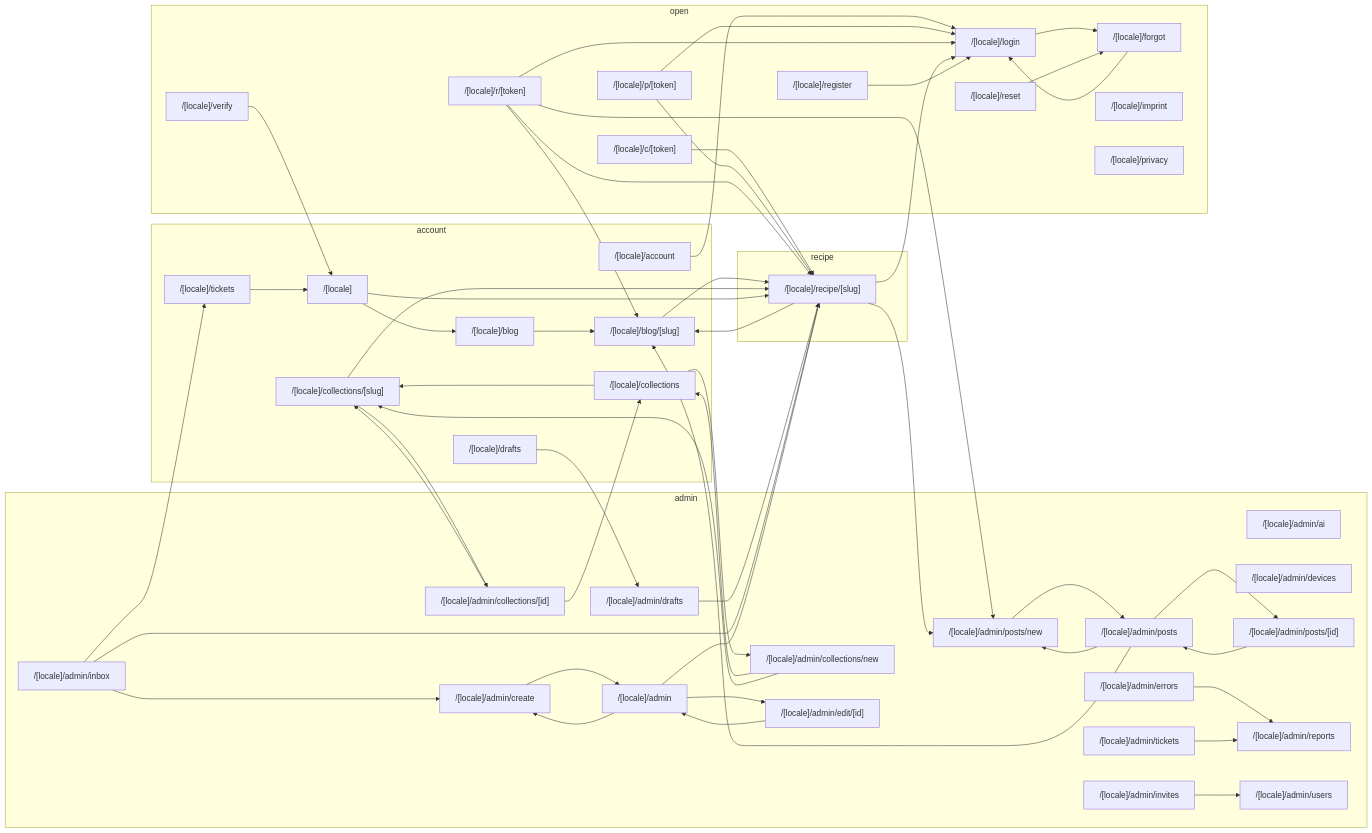
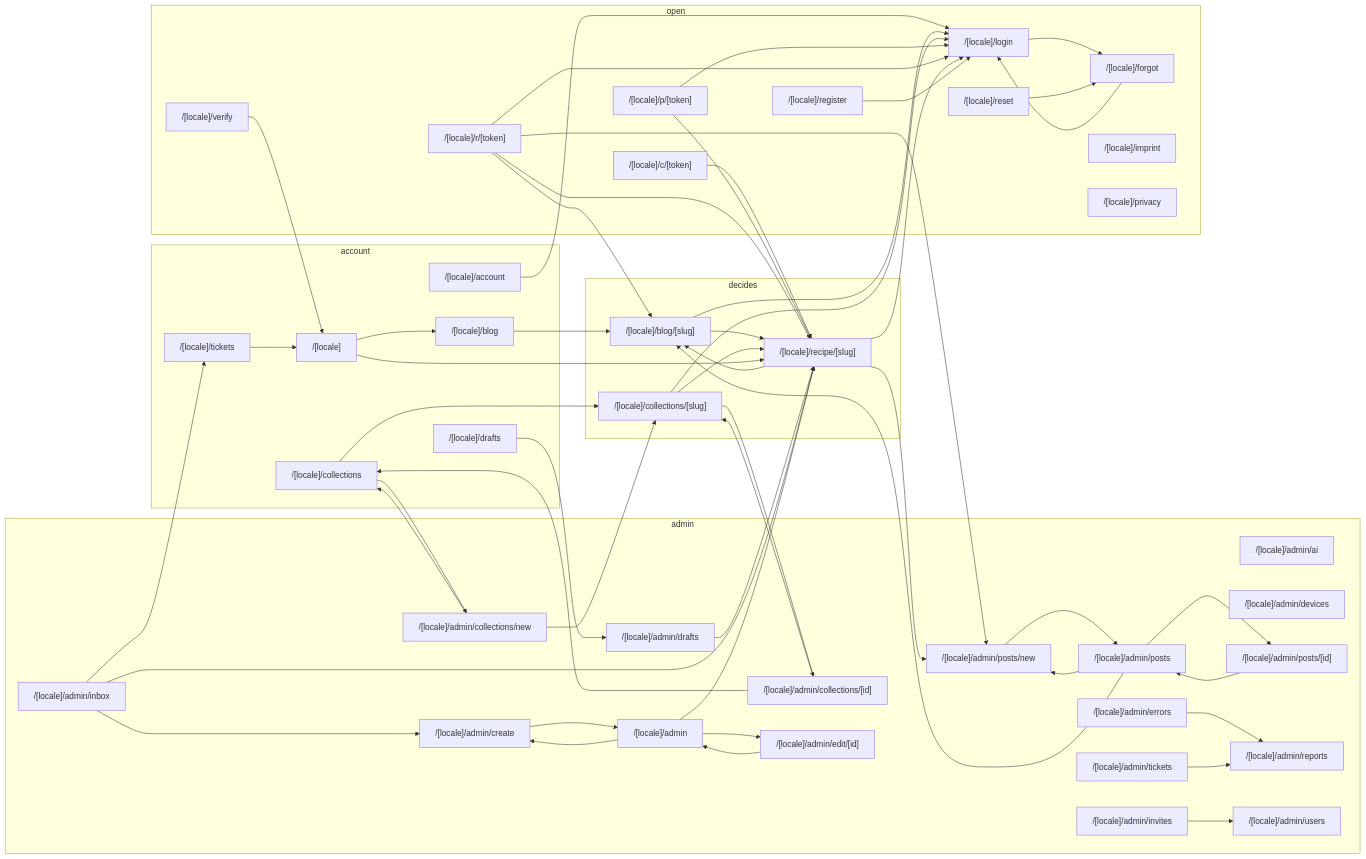
Before and after one commit to morischumacher/moscookbook: the first of 2 diagrams in docs/interaction-map.generated.md, drawn with Mermaid. The commit also changed other lines of this file and 30 other files, not shown here.

```diff
--- a/docs/interaction-map.generated.md
+++ b/docs/interaction-map.generated.md
@@ -145,9 +147,7 @@
 flowchart LR
   subgraph account
     n__locale__account["/[locale]/account"]
-    n__locale__blog__slug_["/[locale]/blog/[slug]"]
     n__locale__blog["/[locale]/blog"]
-    n__locale__collections__slug_["/[locale]/collections/[slug]"]
     n__locale__collections["/[locale]/collections"]
     n__locale__drafts["/[locale]/drafts"]
     n__locale_["/[locale]"]
@@ -172,6 +172,11 @@
     n__locale__admin_tickets["/[locale]/admin/tickets"]
     n__locale__admin_users["/[locale]/admin/users"]
   end
+  subgraph decides
+    n__locale__blog__slug_["/[locale]/blog/[slug]"]
+    n__locale__collections__slug_["/[locale]/collections/[slug]"]
+    n__locale__recipe__slug_["/[locale]/recipe/[slug]"]
+  end
   subgraph open
     n__locale__c__token_["/[locale]/c/[token]"]
     n__locale__forgot["/[locale]/forgot"]
@@ -183,9 +188,6 @@
     n__locale__register["/[locale]/register"]
     n__locale__reset["/[locale]/reset"]
     n__locale__verify["/[locale]/verify"]
-  end
-  subgraph recipe
-    n__locale__recipe__slug_["/[locale]/recipe/[slug]"]
   end
   n__locale__account --> n__locale__login
   n__locale__admin_collections__id_ --> n__locale__collections
@@ -209,10 +211,12 @@
   n__locale__admin_posts --> n__locale__admin_posts_new
   n__locale__admin_posts --> n__locale__blog__slug_
   n__locale__admin_tickets --> n__locale__admin_reports
+  n__locale__blog__slug_ --> n__locale__login
   n__locale__blog__slug_ --> n__locale__recipe__slug_
   n__locale__blog --> n__locale__blog__slug_
   n__locale__c__token_ --> n__locale__recipe__slug_
   n__locale__collections__slug_ --> n__locale__admin_collections__id_
+  n__locale__collections__slug_ --> n__locale__login
   n__locale__collections__slug_ --> n__locale__recipe__slug_
   n__locale__collections --> n__locale__admin_collections_new
   n__locale__collections --> n__locale__collections__slug_
```
